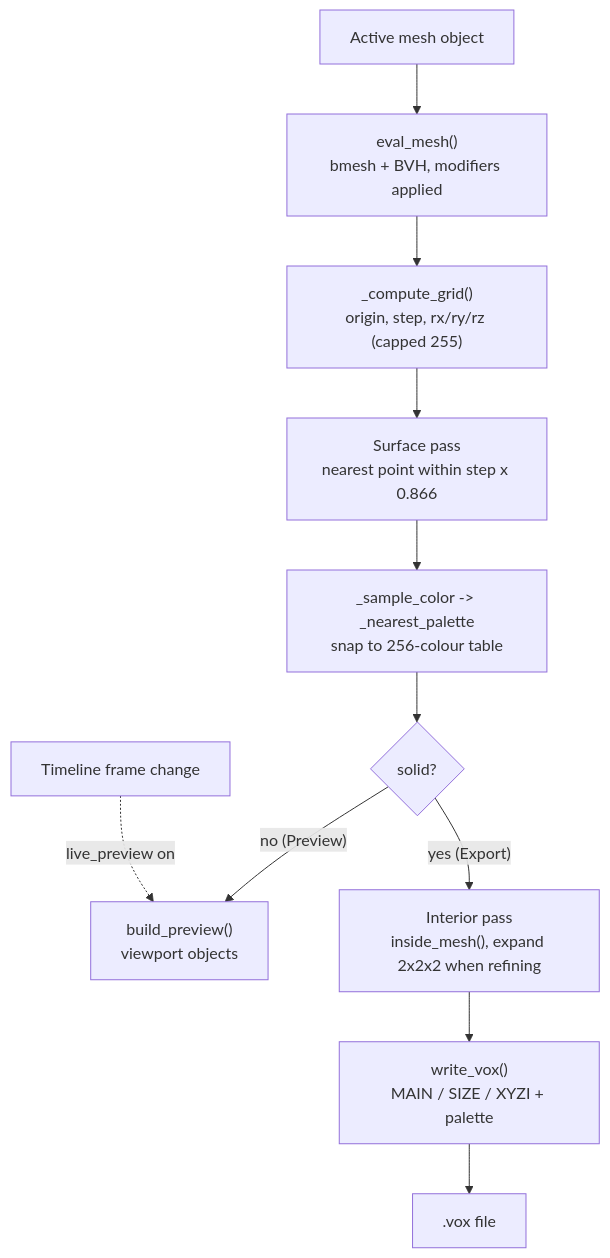
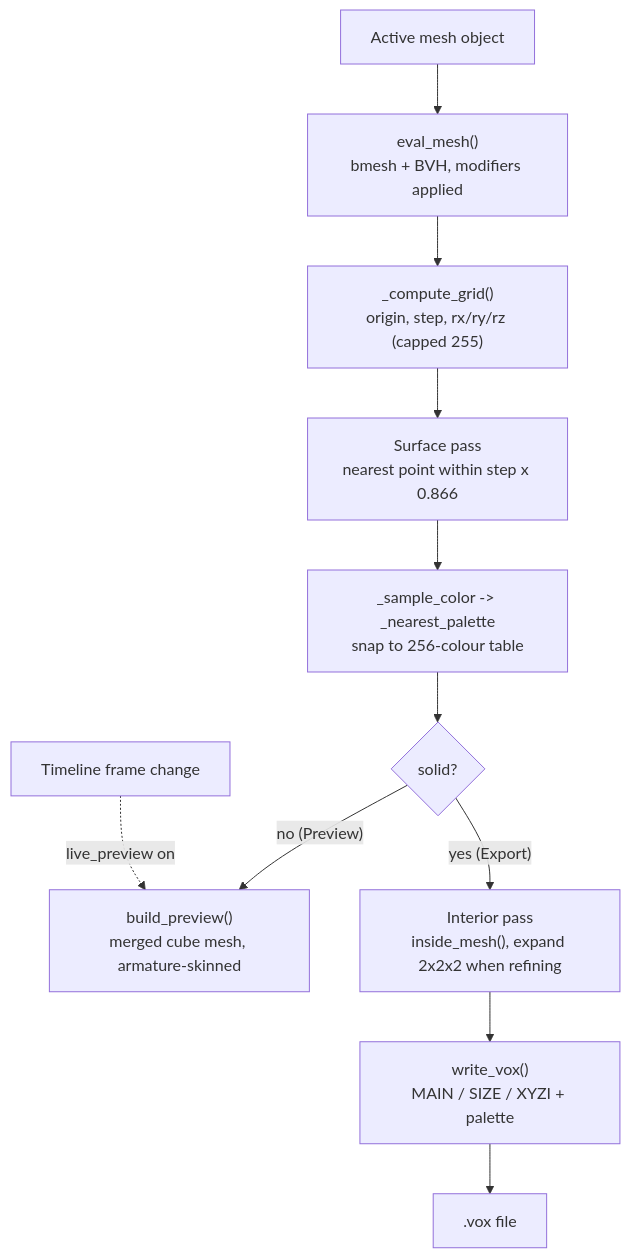
Before and after one commit to jimdroberts/FishMMO: the diagram in FishMMO-Blender/README.md, drawn with Mermaid. The commit also changed other lines of this file and 62 other files, not shown here.

````diff
--- a/FishMMO-Blender/README.md
+++ b/FishMMO-Blender/README.md
@@ -145,15 +170,15 @@
 ```mermaid
 flowchart TD
     Mesh[Active mesh object] --> Eval["eval_mesh()<br/>bmesh + BVH, modifiers applied"]
     Eval --> Grid["_compute_grid()<br/>origin, step, rx/ry/rz (capped 255)"]
     Grid --> Surface["Surface pass<br/>nearest point within step x 0.866"]
     Surface --> Color["_sample_color -> _nearest_palette<br/>snap to 256-colour table"]
 
     Color --> Mode{solid?}
-    Mode -- "no (Preview)" --> Prev["build_preview()<br/>viewport objects"]
+    Mode -- "no (Preview)" --> Prev["build_preview()<br/>merged cube mesh, armature-skinned"]
     Mode -- "yes (Export)" --> Interior["Interior pass<br/>inside_mesh(), expand 2x2x2 when refining"]
     Interior --> Write["write_vox()<br/>MAIN / SIZE / XYZI + palette"]
     Write --> File[".vox file"]
 
     Live[Timeline frame change] -.->|live_preview on| Prev
 ```
````
